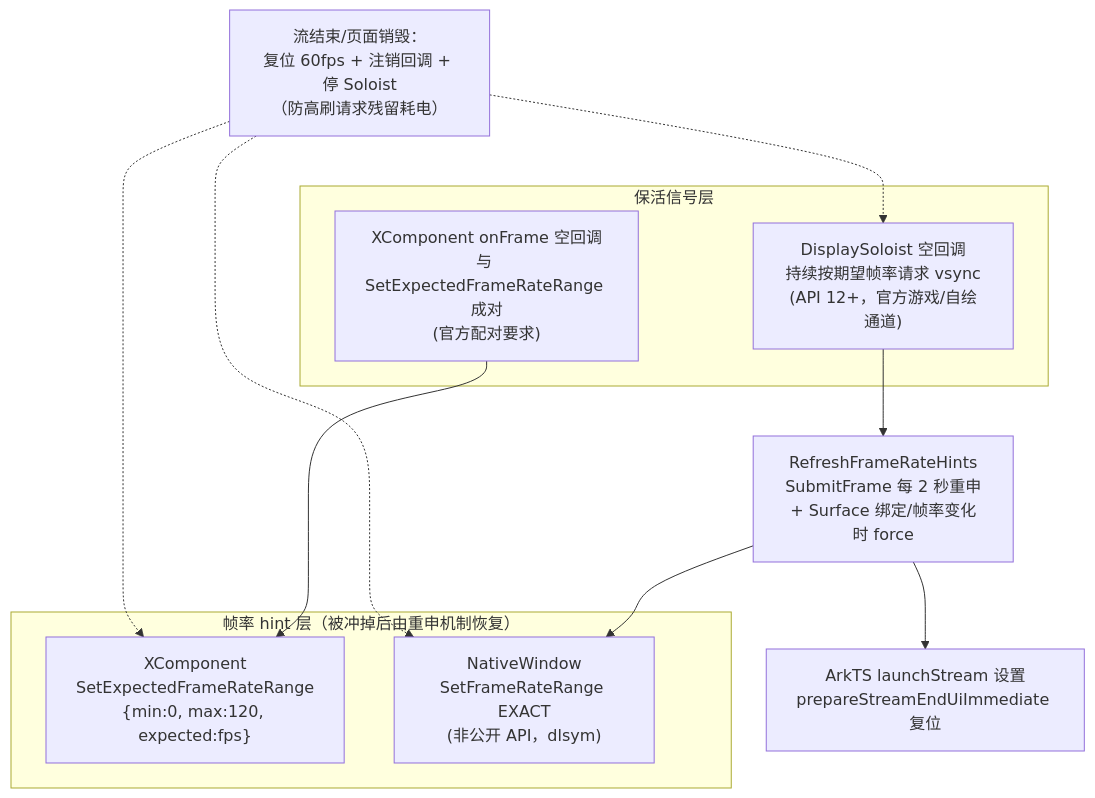
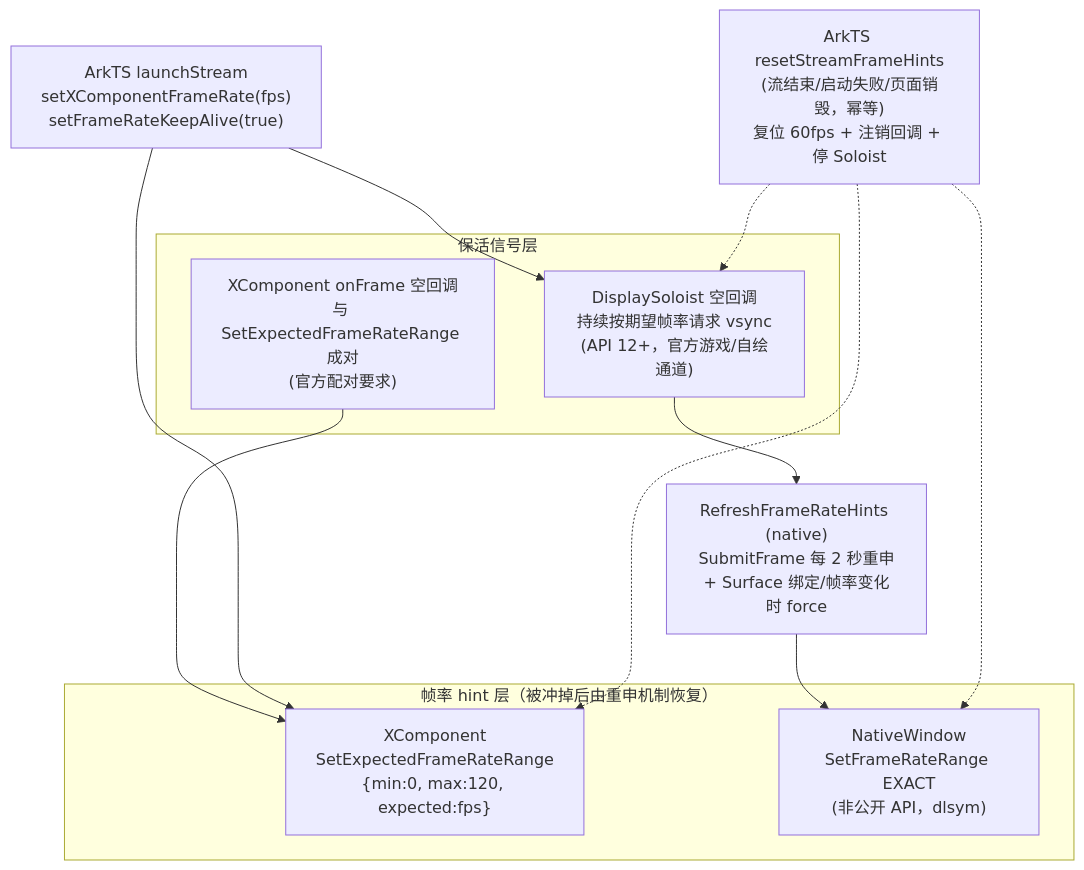
The fifth of 7 diagrams in docs/VIDEO_DECODE_RENDER_ARCHITECTURE.md (AlkaidLab/moonlight-harmony), drawn with Mermaid before and after one commit. The commit also changed 3 other files, not shown here.

````diff
--- a/docs/VIDEO_DECODE_RENDER_ARCHITECTURE.md
+++ b/docs/VIDEO_DECODE_RENDER_ARCHITECTURE.md
@@ -149,24 +149,27 @@
 ```mermaid
 graph TB
     subgraph KA ["保活信号层"]
         DS["DisplaySoloist 空回调<br/>持续按期望帧率请求 vsync<br/>(API 12+，官方游戏/自绘通道)"]
         ONFRAME["XComponent onFrame 空回调<br/>与 SetExpectedFrameRateRange 成对<br/>(官方配对要求)"]
     end
 
     subgraph HINTS ["帧率 hint 层（被冲掉后由重申机制恢复）"]
         XCRate["XComponent<br/>SetExpectedFrameRateRange<br/>{min:0, max:120, expected:fps}"]
         NWRate["NativeWindow<br/>SetFrameRateRange EXACT<br/>(非公开 API，dlsym)"]
     end
 
+    REFRESH["RefreshFrameRateHints (native)<br/>SubmitFrame 每 2 秒重申<br/>+ Surface 绑定/帧率变化时 force"]
     DS --> REFRESH
-    ONFRAME --> XCRate
-    REFRESH["RefreshFrameRateHints<br/>SubmitFrame 每 2 秒重申<br/>+ Surface 绑定/帧率变化时 force"]
-
-    REFRESH --> XCRATE2["ArkTS launchStream 设置<br/>prepareStreamEndUiImmediate 复位"]
     REFRESH --> NWRate
 
-    RESET["流结束/页面销毁：<br/>复位 60fps + 注销回调 + 停 Soloist<br/>（防高刷请求残留耗电）"]
-    RESET -.-> NWRate
+    ONFRAME --> XCRate
+
+    ARKTS["ArkTS launchStream<br/>setXComponentFrameRate(fps)<br/>setFrameRateKeepAlive(true)"]
+    ARKTS --> XCRate
+    ARKTS --> DS
+
+    RESET["ArkTS resetStreamFrameHints<br/>(流结束/启动失败/页面销毁，幂等)<br/>复位 60fps + 注销回调 + 停 Soloist"]
     RESET -.-> XCRate
     RESET -.-> DS
+    RESET -.-> NWRate
 ```
````
